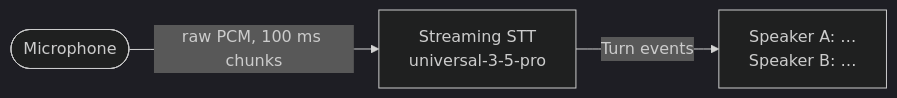
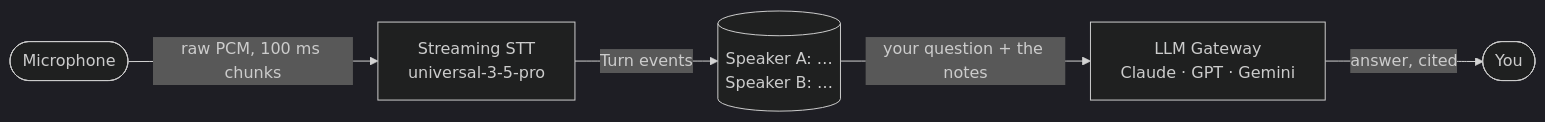
One commit to happyBlairWang/Hardware-VoiceAgent-Night changed the diagram in workshop/phase-1-notetaker.md. Above: the diagram before and after it, drawn with Mermaid (dark theme). The commit also changed other lines of this file and 1 other file, not shown here.

First line of the commit message:
Workshop: put chat with your notes in the notetaker phase

````diff
--- a/workshop/phase-1-notetaker.md
+++ b/workshop/phase-1-notetaker.md
@@ -5,5 +6,7 @@
 ```mermaid
 flowchart LR
     mic([Microphone]) -- raw PCM, 100 ms chunks --> S[Streaming STT<br/>universal-3-5-pro]
-    S -- Turn events --> notes[Speaker A: …<br/>Speaker B: …]
+    S -- Turn events --> notes[(Speaker A: …<br/>Speaker B: …)]
+    notes -- your question + the notes --> G[LLM Gateway<br/>Claude · GPT · Gemini]
+    G -- answer, cited --> you([You])
 ```
````
